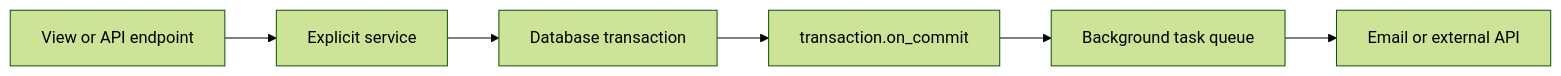
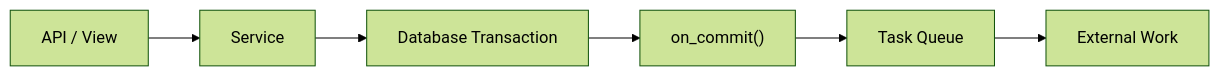
One commit to AvadhBhalodiya/Interview-Preparation changed the sixth of 7 diagrams in src/content/django/signals.md. Above: the diagram before and after it, drawn with Mermaid (forest theme). The commit also changed other lines of this file and 80 other files, not shown here.

````diff
--- a/src/content/django/signals.md
+++ b/src/content/django/signals.md
@@ -715,8 +594,8 @@
 ```mermaid
 flowchart LR
-    A[View or API endpoint] --> B[Explicit service]
-    B --> C[Database transaction]
-    C --> D[transaction.on_commit]
-    D --> E[Background task queue]
-    E --> F[Email or external API]
+    A["API / View"] --> B["Service"]
+    B --> C["Database Transaction"]
+    C --> D["on_commit()"]
+    D --> E["Task Queue"]
+    E --> F["External Work"]
 ```
````
